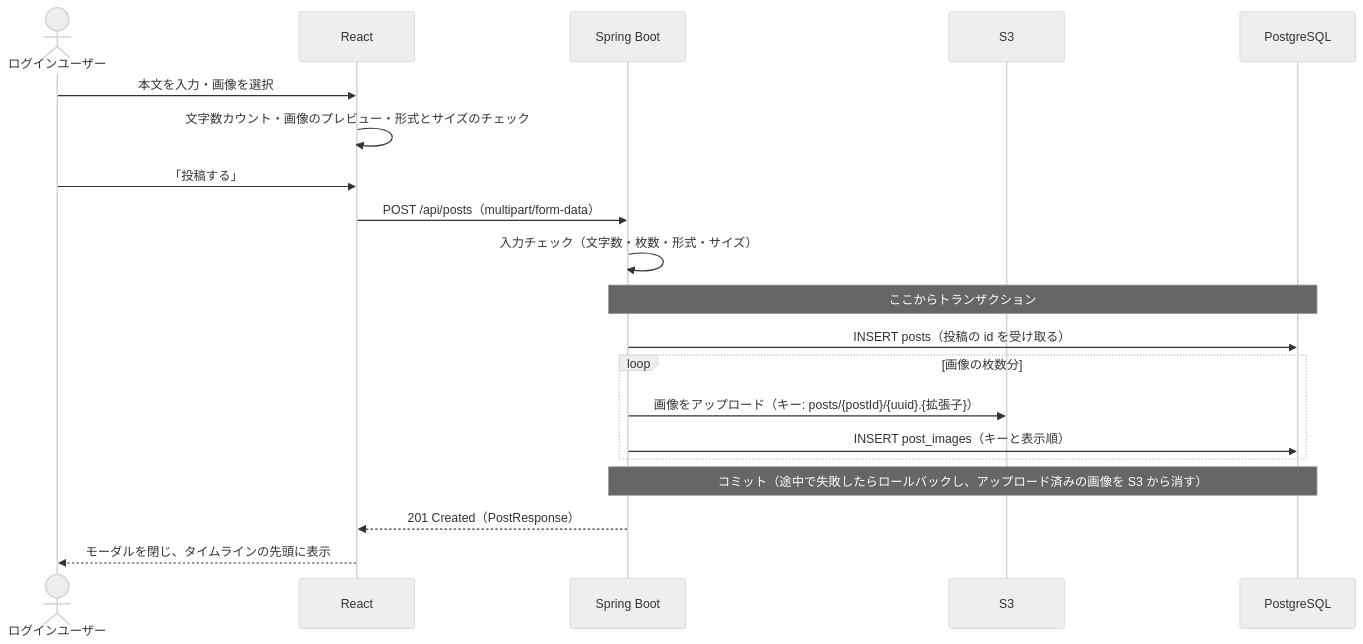
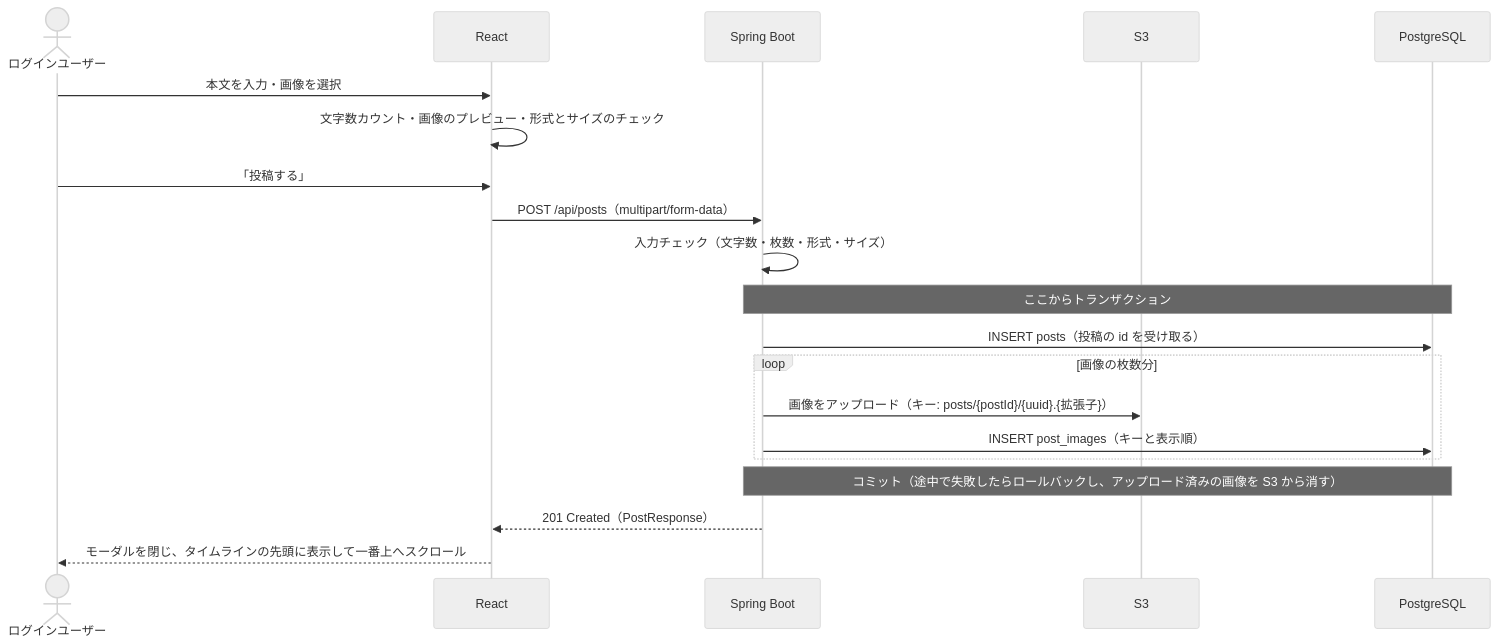
The diagram in docs/機能定義書/F-04_投稿作成.md (takeuchikoutagg/RaiseTime-Line), drawn with Mermaid (neutral theme) before and after one commit. The commit also changed 3 other files, not shown here.

````diff
--- a/docs/機能定義書/F-04_投稿作成.md
+++ b/docs/機能定義書/F-04_投稿作成.md
@@ -31,23 +31,23 @@
 ```mermaid
 sequenceDiagram
     actor U as ログインユーザー
     participant F as React
     participant B as Spring Boot
     participant S as S3
     participant D as PostgreSQL
 
     U->>F: 本文を入力・画像を選択
     F->>F: 文字数カウント・画像のプレビュー・形式とサイズのチェック
     U->>F: 「投稿する」
     F->>B: POST /api/posts（multipart/form-data）
     B->>B: 入力チェック（文字数・枚数・形式・サイズ）
     Note over B,D: ここからトランザクション
     B->>D: INSERT posts（投稿の id を受け取る）
     loop 画像の枚数分
         B->>S: 画像をアップロード（キー: posts/{postId}/{uuid}.{拡張子}）
         B->>D: INSERT post_images（キーと表示順）
     end
     Note over B,D: コミット（途中で失敗したらロールバックし、アップロード済みの画像を S3 から消す）
     B-->>F: 201 Created（PostResponse）
-    F-->>U: モーダルを閉じ、タイムラインの先頭に表示
+    F-->>U: モーダルを閉じ、タイムラインの先頭に表示して一番上へスクロール
 ```
````
